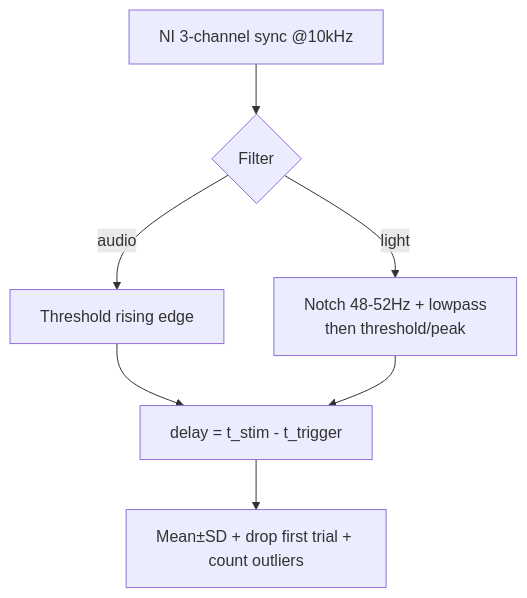
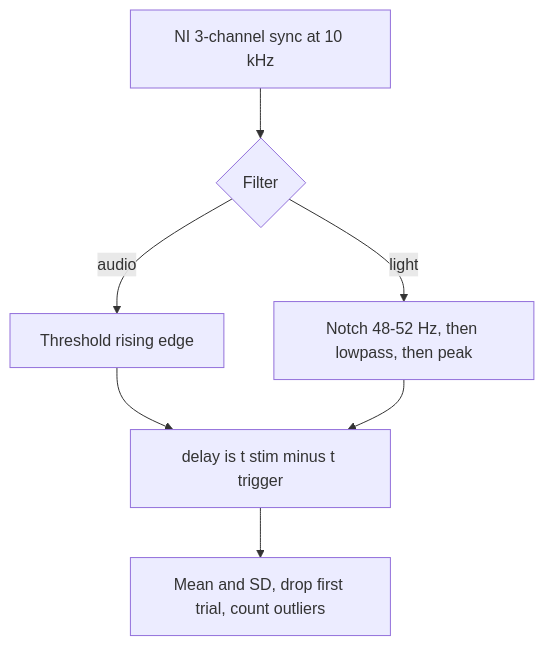
The fourth of 6 diagrams in High-Precision-AV-Stimulation-Manual.md (Echoguwy/ptb-av-timing), drawn with Mermaid before and after one commit. The commit also changed other lines of this file and 1 other file, not shown here.

Commit message:
Fix English Mermaid diagrams that GitHub could not parse.

````diff
--- a/High-Precision-AV-Stimulation-Manual.md
+++ b/High-Precision-AV-Stimulation-Manual.md
@@ -192,9 +192,9 @@
 ```mermaid
 flowchart TD
-    R[NI 3-channel sync @10kHz] --> F{Filter}
-    F -->|audio| T1[Threshold rising edge]
-    F -->|light| T2[Notch 48-52Hz + lowpass<br/>then threshold/peak]
-    T1 --> D[delay = t_stim - t_trigger]
+    R["NI 3-channel sync at 10 kHz"] --> F{Filter}
+    F -->|audio| T1["Threshold rising edge"]
+    F -->|light| T2["Notch 48-52 Hz, then lowpass, then peak"]
+    T1 --> D["delay is t stim minus t trigger"]
     T2 --> D
-    D --> S[Mean±SD + drop first trial + count outliers]
+    D --> S["Mean and SD, drop first trial, count outliers"]
 ```
````
